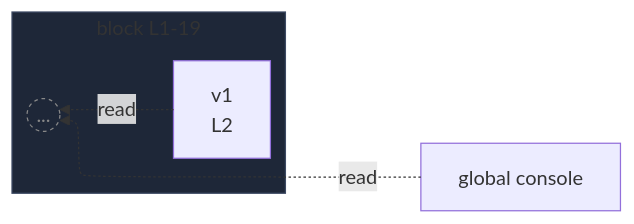
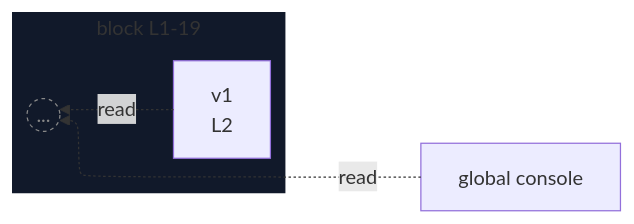
The diagram in integration/fixtures/app-behavior/depth/block/depth-1/preview.md (crescware/unsnarl), drawn with Mermaid before and after one commit. The commit also changed 263 other files, not shown here.

````diff
--- a/integration/fixtures/app-behavior/depth/block/depth-1/preview.md
+++ b/integration/fixtures/app-behavior/depth/block/depth-1/preview.md
@@ -35,16 +35,16 @@
 ```mermaid
 %%{init: {"flowchart": {"defaultRenderer": "elk"}}}%%
 flowchart RL
   n_scope_0_console_185["global console"]
   subgraph s_scope_1["block L1-19"]
     direction RL
     n_scope_1_v1_10["v1<br/>L2"]
     beyond_depth_s_scope_1((...))
   end
   n_scope_1_v1_10 -.->|read| beyond_depth_s_scope_1
   n_scope_0_console_185 -.->|read| beyond_depth_s_scope_1
   classDef boundaryStub fill:transparent,stroke:#888,stroke-dasharray:3 3,color:#888;
   class beyond_depth_s_scope_1 boundaryStub;
-  classDef nestL1 fill:#1e2738,stroke:#3d4a63;
+  classDef nestL1 fill:#11192a,stroke:transparent;
   class s_scope_1 nestL1;
 ```
````
